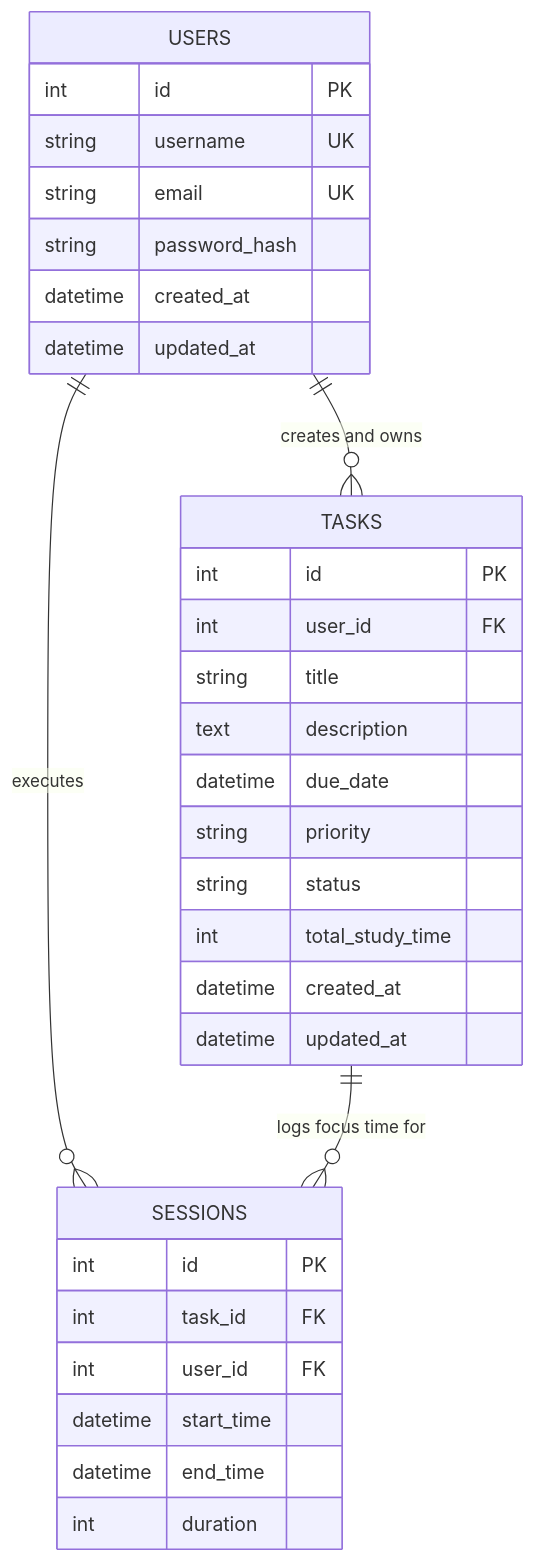
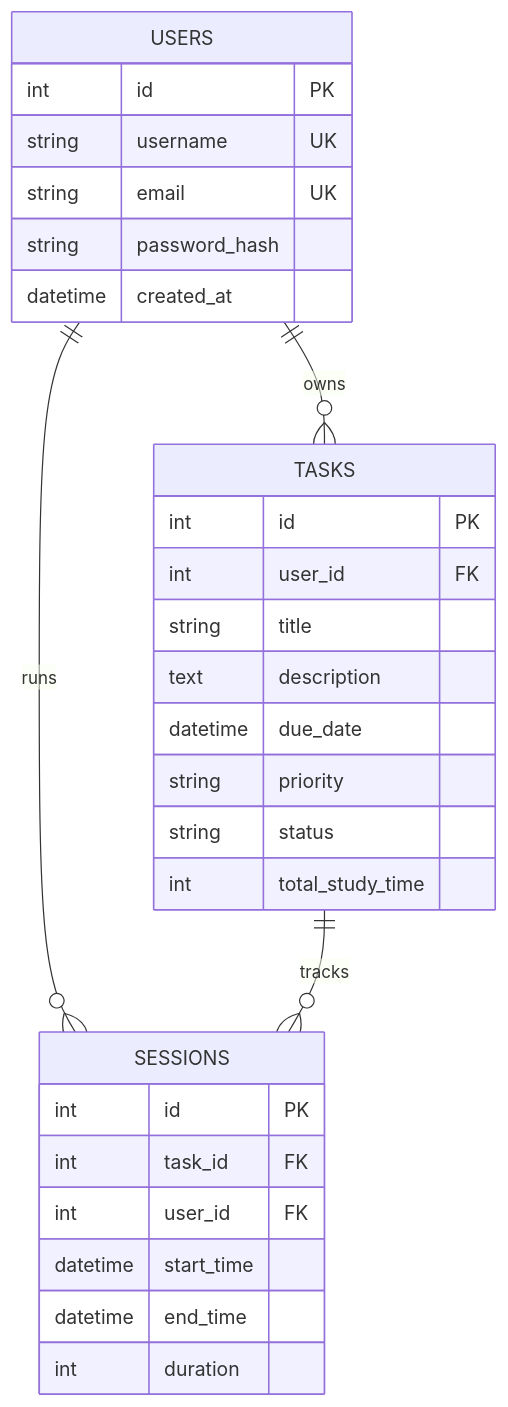
The third of 3 diagrams in Project_Documentation.md (0331devai-hash/Study-Planner), drawn with Mermaid before and after one commit. The commit also changed other lines of this file and 1 other file, not shown here.

````diff
--- a/Project_Documentation.md
+++ b/Project_Documentation.md
@@ -147,37 +222,32 @@
 ```mermaid
 erDiagram
-    USERS ||--o{ TASKS : "creates and owns"
-    USERS ||--o{ SESSIONS : "executes"
-    TASKS ||--o{ SESSIONS : "logs focus time for"
+    USERS ||--o{ TASKS : "owns"
+    USERS ||--o{ SESSIONS : "runs"
+    TASKS ||--o{ SESSIONS : "tracks"
 
     USERS {
         int id PK
         string username UK
         string email UK
         string password_hash
         datetime created_at
-        datetime updated_at
     }
-
     TASKS {
         int id PK
         int user_id FK
         string title
         text description
         datetime due_date
         string priority
         string status
         int total_study_time
-        datetime created_at
-        datetime updated_at
     }
-
     SESSIONS {
         int id PK
         int task_id FK
         int user_id FK
         datetime start_time
         datetime end_time
         int duration
     }
 ```
````
